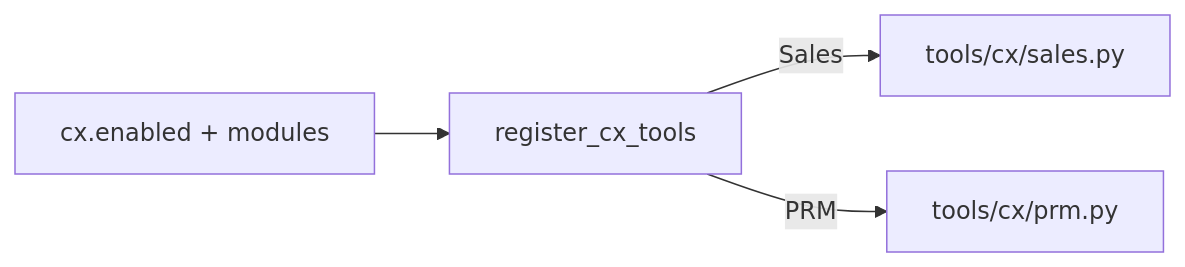
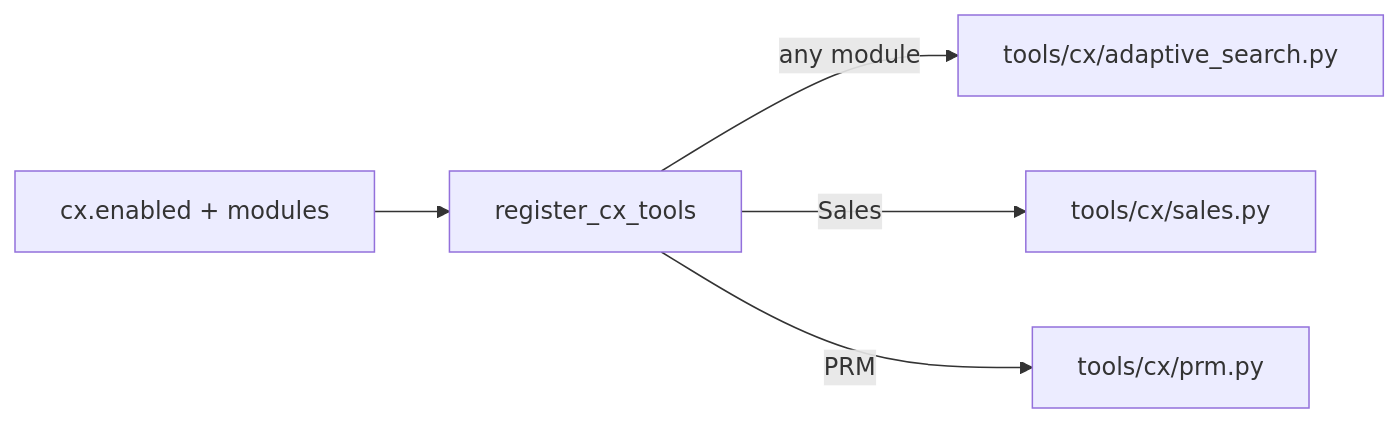
One commit to singhramandeep/oracleCPQMCP changed the second of 5 diagrams in docs/FEATURES.md. Above: the diagram before and after it, drawn with Mermaid. The commit also changed other lines of this file and 34 other files, not shown here.

````diff
--- a/docs/FEATURES.md
+++ b/docs/FEATURES.md
@@ -57,10 +58,12 @@
 ```mermaid
 flowchart LR
   yaml["cx.enabled + modules"]
   reg[register_cx_tools]
+  asTools[tools/cx/adaptive_search.py]
   sales[tools/cx/sales.py]
   prm[tools/cx/prm.py]
   yaml --> reg
+  reg -->|"any module"| asTools
   reg -->|"Sales"| sales
   reg -->|"PRM"| prm
 ```
````
